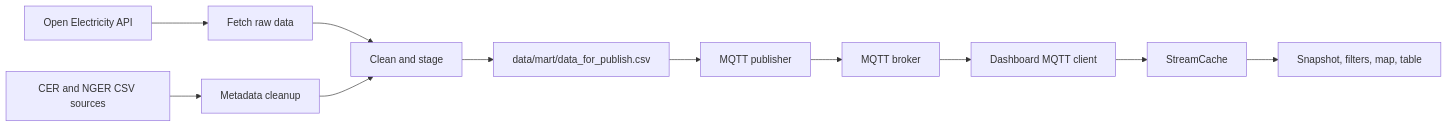
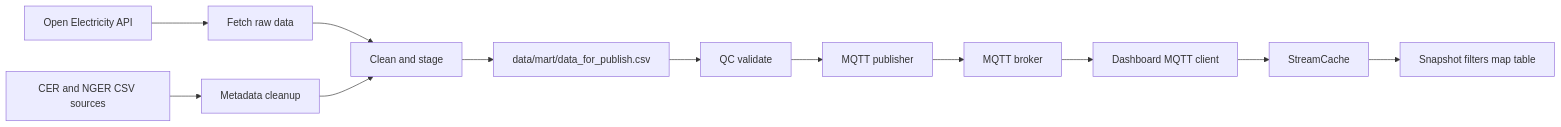
Before and after one commit to arhawk/NEM-Monitoring-Dashboard: the diagram in docs/ARCHITECTURE.md, drawn with Mermaid. The commit also changed other lines of this file and 32 other files, not shown here.

````diff
--- a/docs/ARCHITECTURE.md
+++ b/docs/ARCHITECTURE.md
@@ -17,13 +19,14 @@
 ```mermaid
 flowchart LR
   A[Open Electricity API] --> F[Fetch raw data]
   B[CER and NGER CSV sources] --> M[Metadata cleanup]
   F --> C[Clean and stage]
   M --> C
   C --> P[data/mart/data_for_publish.csv]
-  P --> Q[MQTT publisher]
+  P --> V[QC validate]
+  V --> Q[MQTT publisher]
   Q --> R[MQTT broker]
   R --> S[Dashboard MQTT client]
   S --> T[StreamCache]
-  T --> U[Snapshot, filters, map, table]
+  T --> U[Snapshot filters map table]
 ```
````
